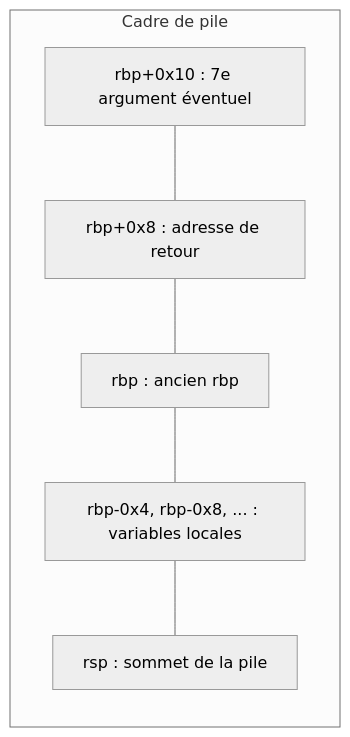
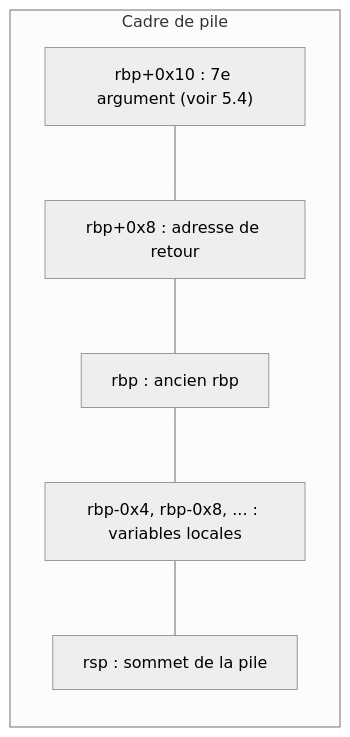
The second of 2 diagrams in docs/partie1-assembleur/05-pile-fonctions.md (cchopin/asm-to-reverse), drawn with Mermaid (neutral theme) before and after one commit. The commit also changed other lines of this file and 7 other files, not shown here.

````diff
--- a/docs/partie1-assembleur/05-pile-fonctions.md
+++ b/docs/partie1-assembleur/05-pile-fonctions.md
@@ -87,12 +87,12 @@
 ```mermaid
 flowchart TB
     subgraph cadre["Cadre de pile"]
         direction TB
-        A["rbp+0x10 : 7e argument éventuel"]
+        A["rbp+0x10 : 7e argument (voir 5.4)"]
         B["rbp+0x8 : adresse de retour"]
         C["rbp : ancien rbp"]
         D["rbp-0x4, rbp-0x8, ... : variables locales"]
         E["rsp : sommet de la pile"]
         A --- B --- C --- D --- E
     end
 ```
````
